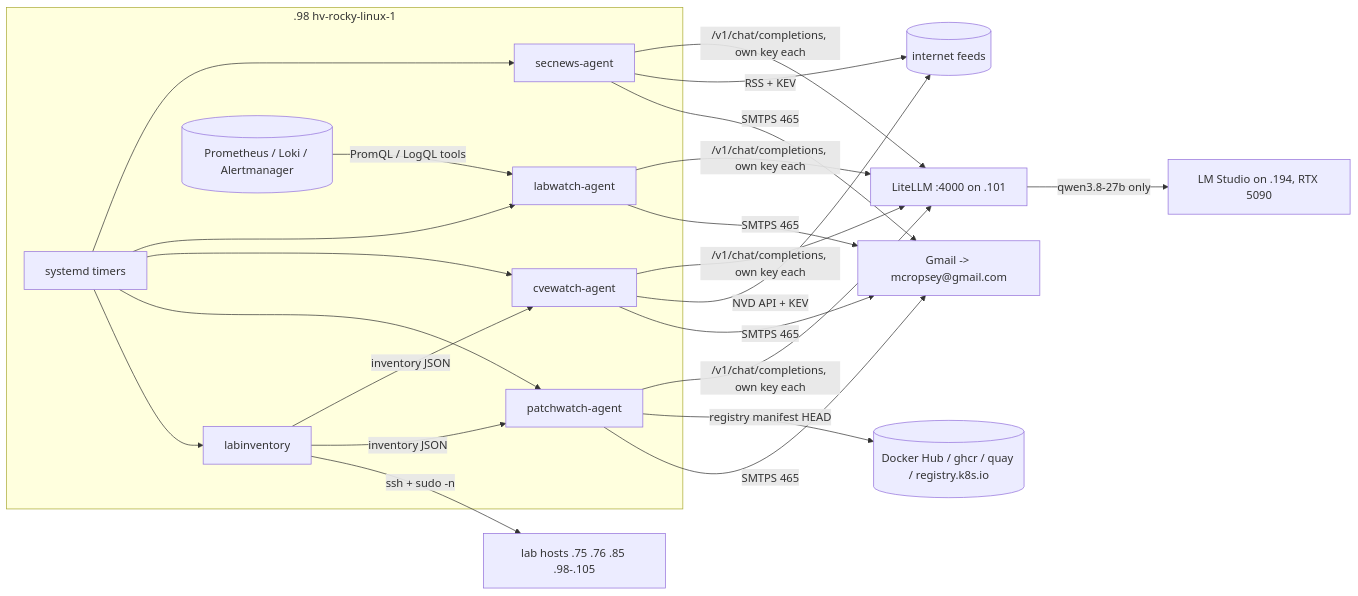
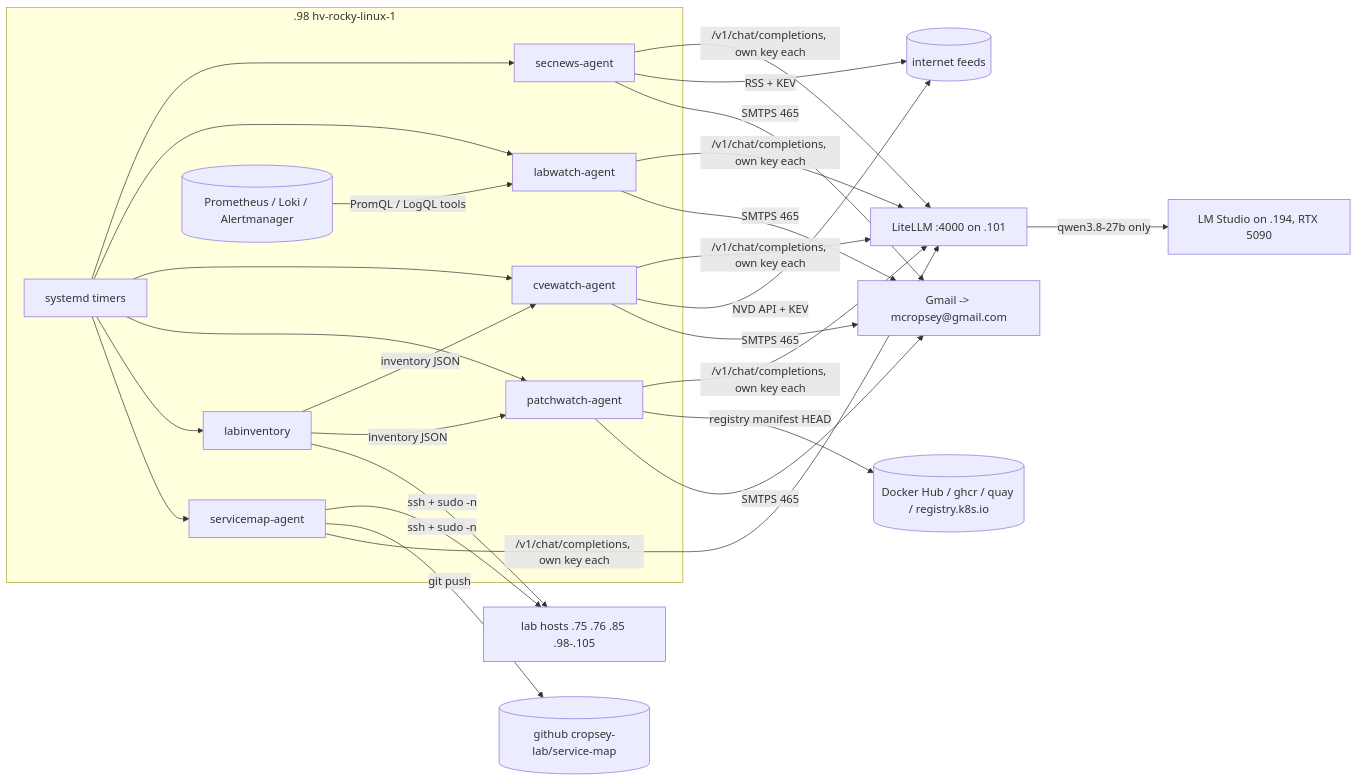
Before and after one commit to mcropsey/mikes-agents: the diagram in README.md, drawn with Mermaid. The commit also changed other lines of this file and 11 other files, not shown here.

First line of the commit message:
Add servicemap-agent: daily lab service map (Grafana page + cropsey-lab/service-map)

````diff
--- a/README.md
+++ b/README.md
@@ -23,20 +24,23 @@
 ```mermaid
 flowchart LR
   subgraph h98[".98 hv-rocky-linux-1"]
     T[systemd timers] --> SN[secnews-agent]
     T --> LW[labwatch-agent]
     T --> CW[cvewatch-agent]
     T --> PW[patchwatch-agent]
     T --> INV[labinventory]
+    T --> SM[servicemap-agent]
     INV -->|inventory JSON| CW
     INV -->|inventory JSON| PW
     PROM[(Prometheus / Loki / Alertmanager)] -->|PromQL / LogQL tools| LW
   end
   INV -->|ssh + sudo -n| HOSTS[lab hosts .75 .76 .85 .98-.105]
-  SN & LW & CW & PW -->|/v1/chat/completions, own key each| LL[LiteLLM :4000 on .101]
+  SM -->|ssh + sudo -n| HOSTS
+  SM -->|git push| GH[(github cropsey-lab/service-map)]
+  SN & LW & CW & PW & SM -->|/v1/chat/completions, own key each| LL[LiteLLM :4000 on .101]
   LL -->|qwen3.8-27b only| LMS[LM Studio on .194, RTX 5090]
   SN -->|RSS + KEV| NET[(internet feeds)]
   CW -->|NVD API + KEV| NET
   PW -->|registry manifest HEAD| REG[(Docker Hub / ghcr / quay / registry.k8s.io)]
   SN & LW & CW & PW -->|SMTPS 465| GM[Gmail -> mcropsey@gmail.com]
 ```
````
